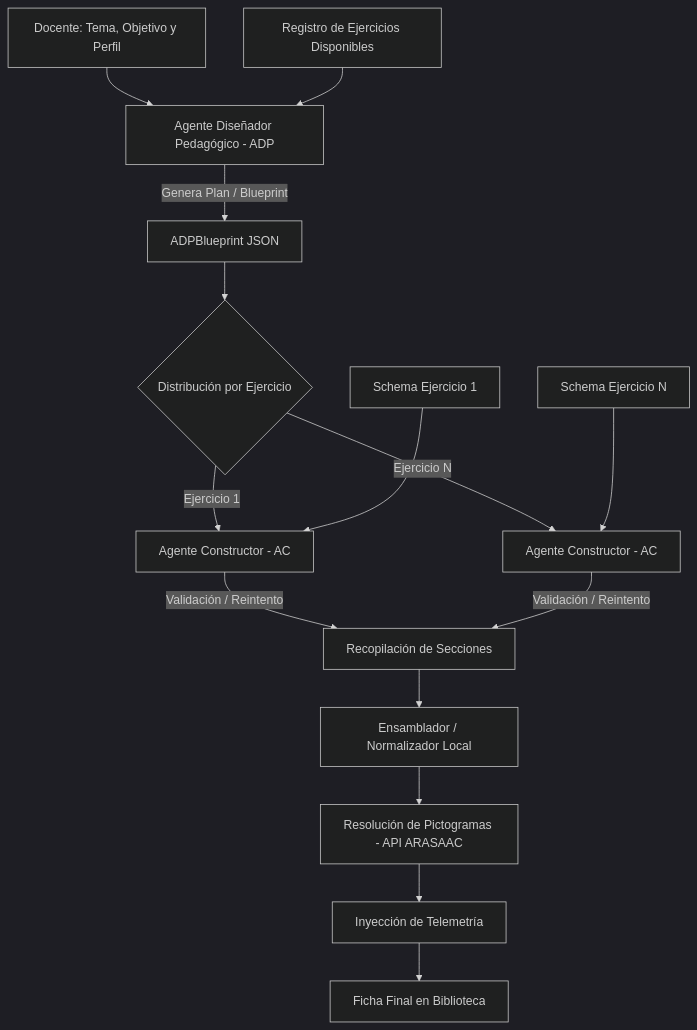
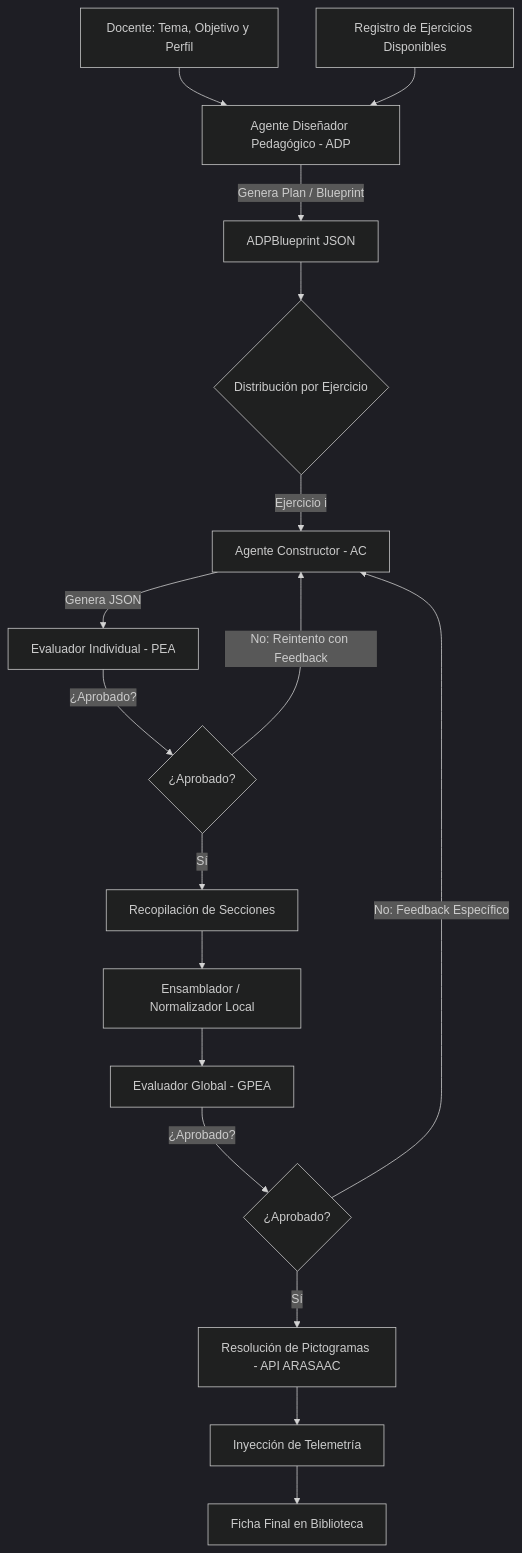
The diagram in docs/MAS_README.md (Vertexlit-VRAIN/Pictalia), drawn with Mermaid (dark theme) before and after one commit. The commit also changed other lines of this file and 93 other files, not shown here.

````diff
--- a/docs/MAS_README.md
+++ b/docs/MAS_README.md
@@ -31,21 +31,21 @@
 ```mermaid
 graph TD
     User[Docente: Tema, Objetivo y Perfil] --> ADP[Agente Diseñador Pedagógico - ADP]
     Registry[Registro de Ejercicios Disponibles] --> ADP
     ADP -->|Genera Plan / Blueprint| Plan[ADPBlueprint JSON]
     
     Plan --> AC_Split{Distribución por Ejercicio}
-    AC_Split -->|Ejercicio 1| AC1[Agente Constructor - AC]
-    AC_Split -->|Ejercicio N| ACn[Agente Constructor - AC]
-    
-    Schema1[Schema Ejercicio 1] --> AC1
-    Scheman[Schema Ejercicio N] --> ACn
-    
-    AC1 -->|Validación / Reintento| AC_Join[Recopilación de Secciones]
-    ACn -->|Validación / Reintento| AC_Join
+    AC_Split -->|Ejercicio i| AC_i[Agente Constructor - AC]
+    AC_i -->|Genera JSON| PEA_i[Evaluador Individual - PEA]
+    PEA_i -->|¿Aprobado?| Check_PEA{¿Aprobado?}
+    Check_PEA -->|No: Reintento con Feedback| AC_i
+    Check_PEA -->|Sí| AC_Join[Recopilación de Secciones]
     
     AC_Join --> Assembler[Ensamblador / Normalizador Local]
-    Assembler --> PictoAPI[Resolución de Pictogramas - API ARASAAC]
+    Assembler --> GPEA[Evaluador Global - GPEA]
+    GPEA -->|¿Aprobado?| Check_GPEA{¿Aprobado?}
+    Check_GPEA -->|No: Feedback Específico| AC_i
+    Check_GPEA -->|Sí| PictoAPI[Resolución de Pictogramas - API ARASAAC]
     PictoAPI --> Telemetry[Inyección de Telemetría]
     Telemetry --> Final[Ficha Final en Biblioteca]
 ```
````
